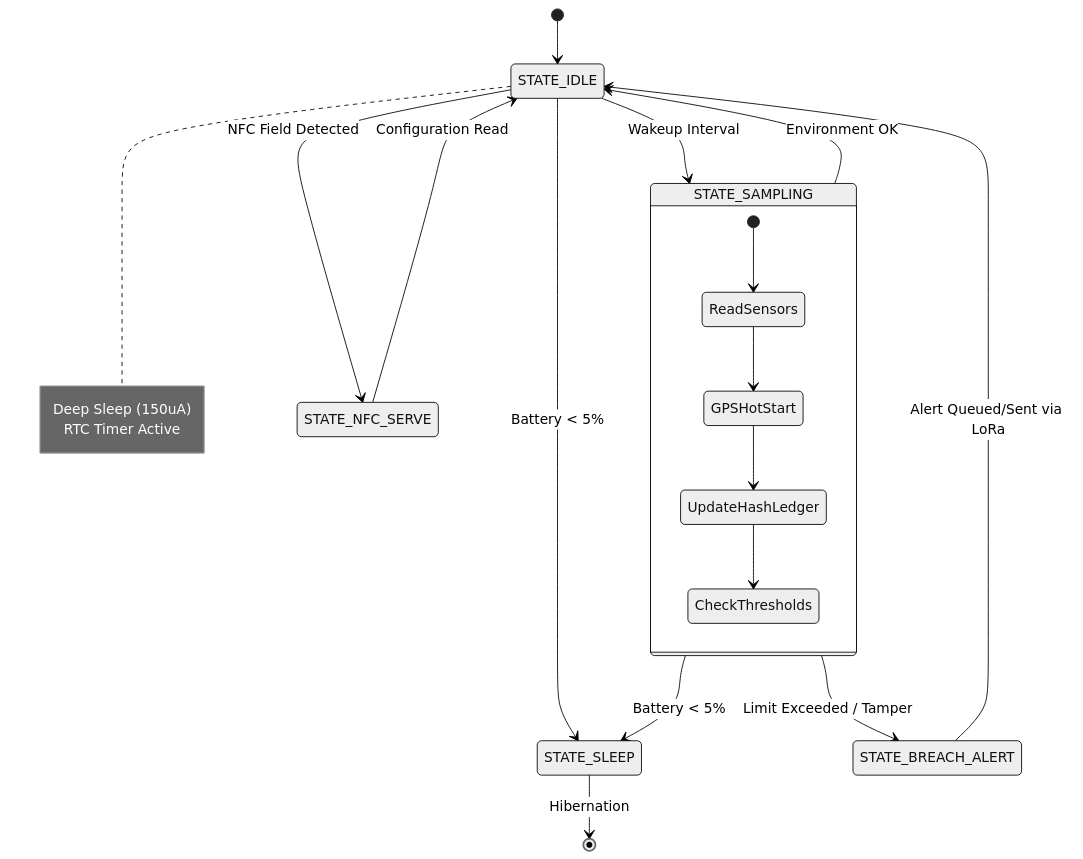
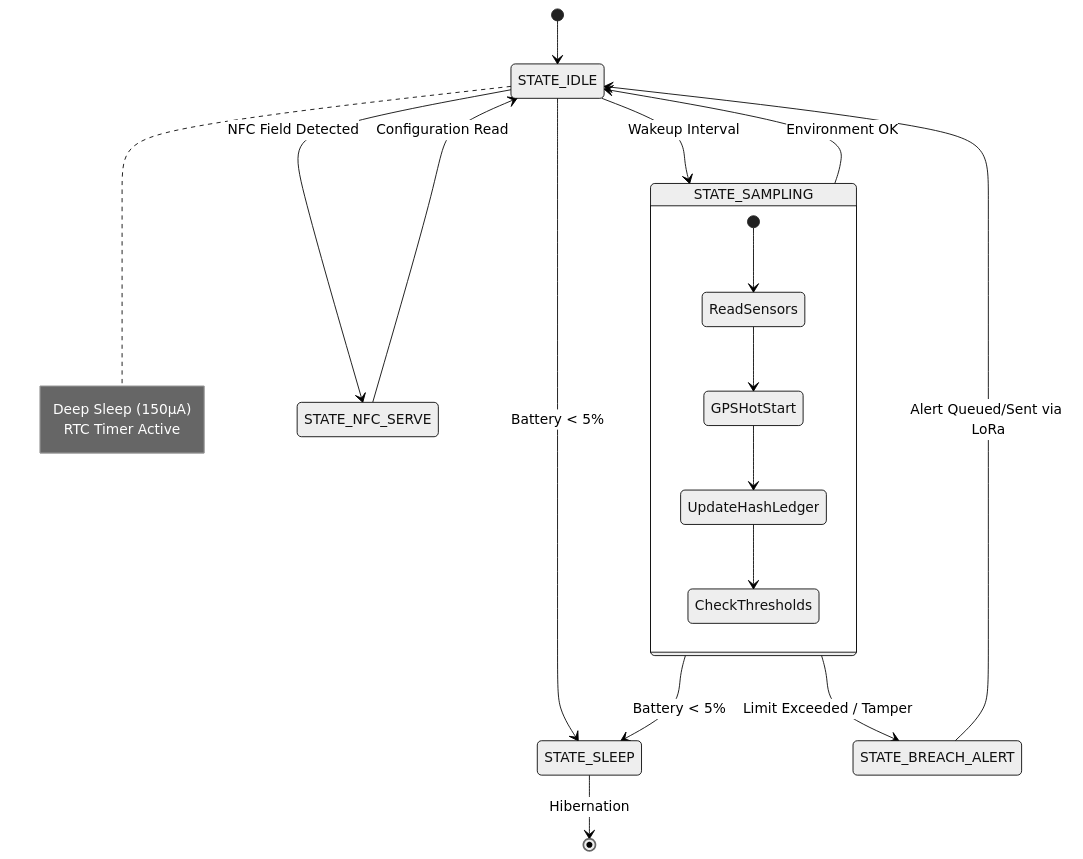
The second of 3 diagrams in README.md (hydra-eng/CryoSentinel), drawn with Mermaid (neutral theme) before and after one commit. The commit also changed other lines of this file and 1 other file, not shown here.

Commit message:
docs: restore working README and apply v1/v2 schematic clarifications

````diff
--- a/README.md
+++ b/README.md
@@ -165,31 +157,31 @@
 ```mermaid
 stateDiagram-v2
     direction TB
     
     [*] --> STATE_IDLE
     
     note right of STATE_IDLE
-        Deep Sleep (150uA)
+        Deep Sleep (150µA)
         RTC Timer Active
     end note
     
     STATE_IDLE --> STATE_SAMPLING : Wakeup Interval
     STATE_IDLE --> STATE_NFC_SERVE : NFC Field Detected
     STATE_IDLE --> STATE_SLEEP : Battery < 5%
     
     state STATE_SAMPLING {
         [*] --> ReadSensors
         ReadSensors --> GPSHotStart
         GPSHotStart --> UpdateHashLedger
         UpdateHashLedger --> CheckThresholds
     }
     
     STATE_SAMPLING --> STATE_BREACH_ALERT : Limit Exceeded / Tamper
     STATE_SAMPLING --> STATE_IDLE : Environment OK
     STATE_SAMPLING --> STATE_SLEEP : Battery < 5%
     
     STATE_BREACH_ALERT --> STATE_IDLE : Alert Queued/Sent via LoRa
     STATE_NFC_SERVE --> STATE_IDLE : Configuration Read
     
     STATE_SLEEP --> [*] : Hibernation
 ```
````
